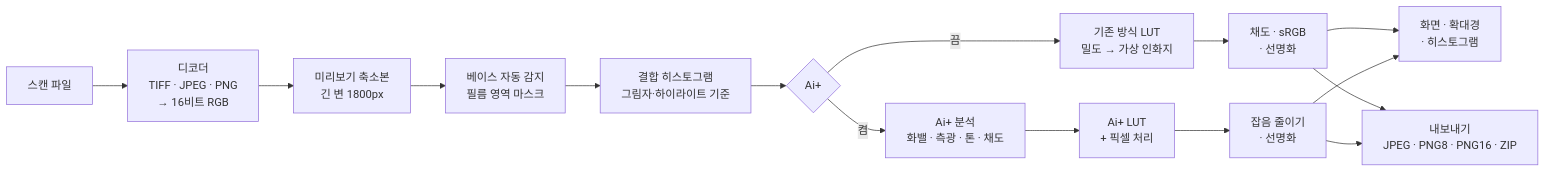
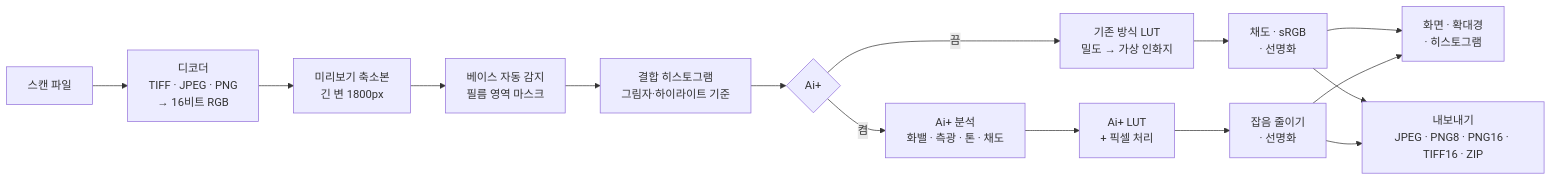
One commit to Velvitty/Scanner changed the first of 2 diagrams in README.md. Above: the diagram before and after it, drawn with Mermaid. The commit also changed other lines of this file and 2 other files, not shown here.

First line of the commit message:
v2.12.0: undo, film leveling, TIFF16/PNG16, DNG, cloud fix; unobfuscated source (#6)

````diff
--- a/README.md
+++ b/README.md
@@ -139,17 +139,17 @@
 ```mermaid
 flowchart LR
   A["스캔 파일"] --> B["디코더<br/>TIFF · JPEG · PNG<br/>→ 16비트 RGB"]
   B --> C["미리보기 축소본<br/>긴 변 1800px"]
   C --> D["베이스 자동 감지<br/>필름 영역 마스크"]
   D --> E["결합 히스토그램<br/>그림자·하이라이트 기준"]
   E --> F{"Ai+"}
   F -- "끔" --> G["기존 방식 LUT<br/>밀도 → 가상 인화지"]
   F -- "켬" --> H["Ai+ 분석<br/>화밸 · 측광 · 톤 · 채도"]
   H --> I["Ai+ LUT<br/>+ 픽셀 처리"]
   G --> J["채도 · sRGB<br/>· 선명화"]
   I --> K["잡음 줄이기<br/>· 선명화"]
   J --> L["화면 · 확대경<br/>· 히스토그램"]
   K --> L
-  J --> M["내보내기<br/>JPEG · PNG8 · PNG16 · ZIP"]
+  J --> M["내보내기<br/>JPEG · PNG8 · PNG16 · TIFF16 · ZIP"]
   K --> M
 ```
````
